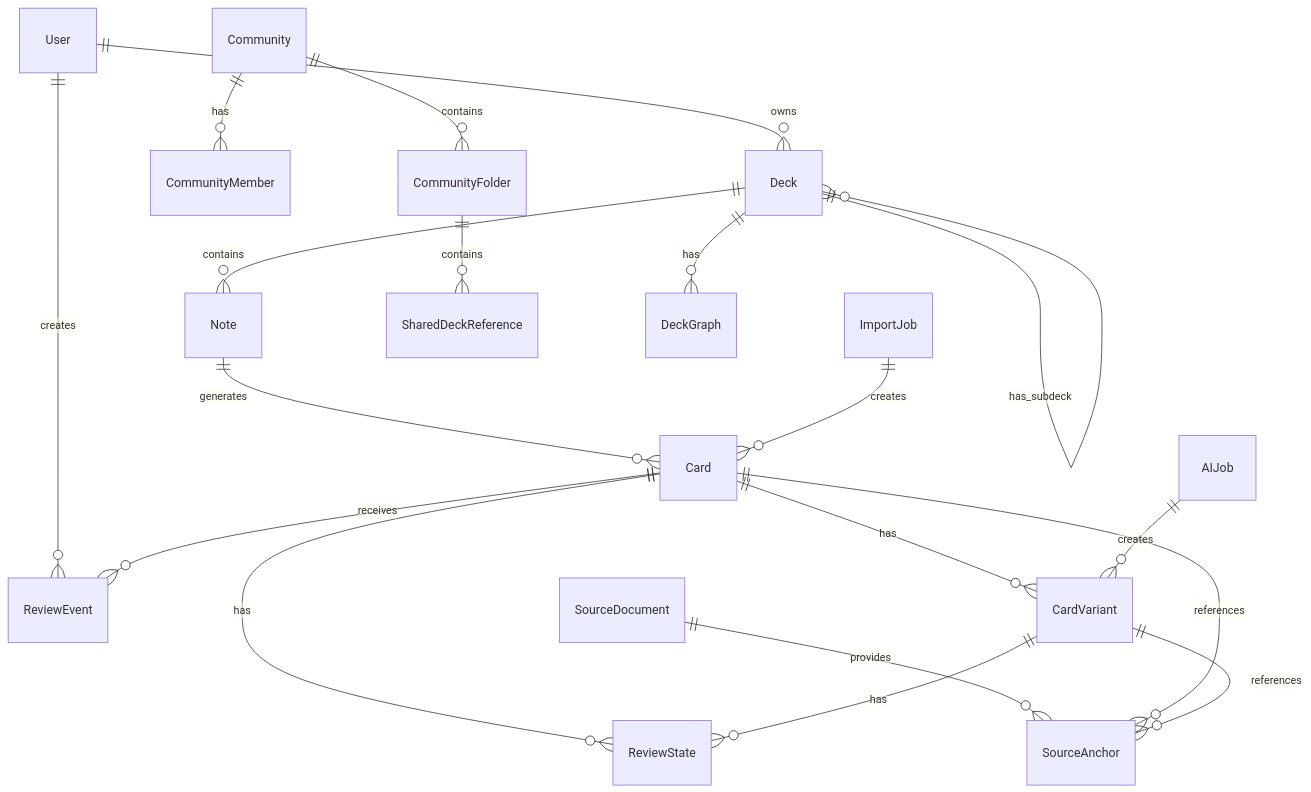
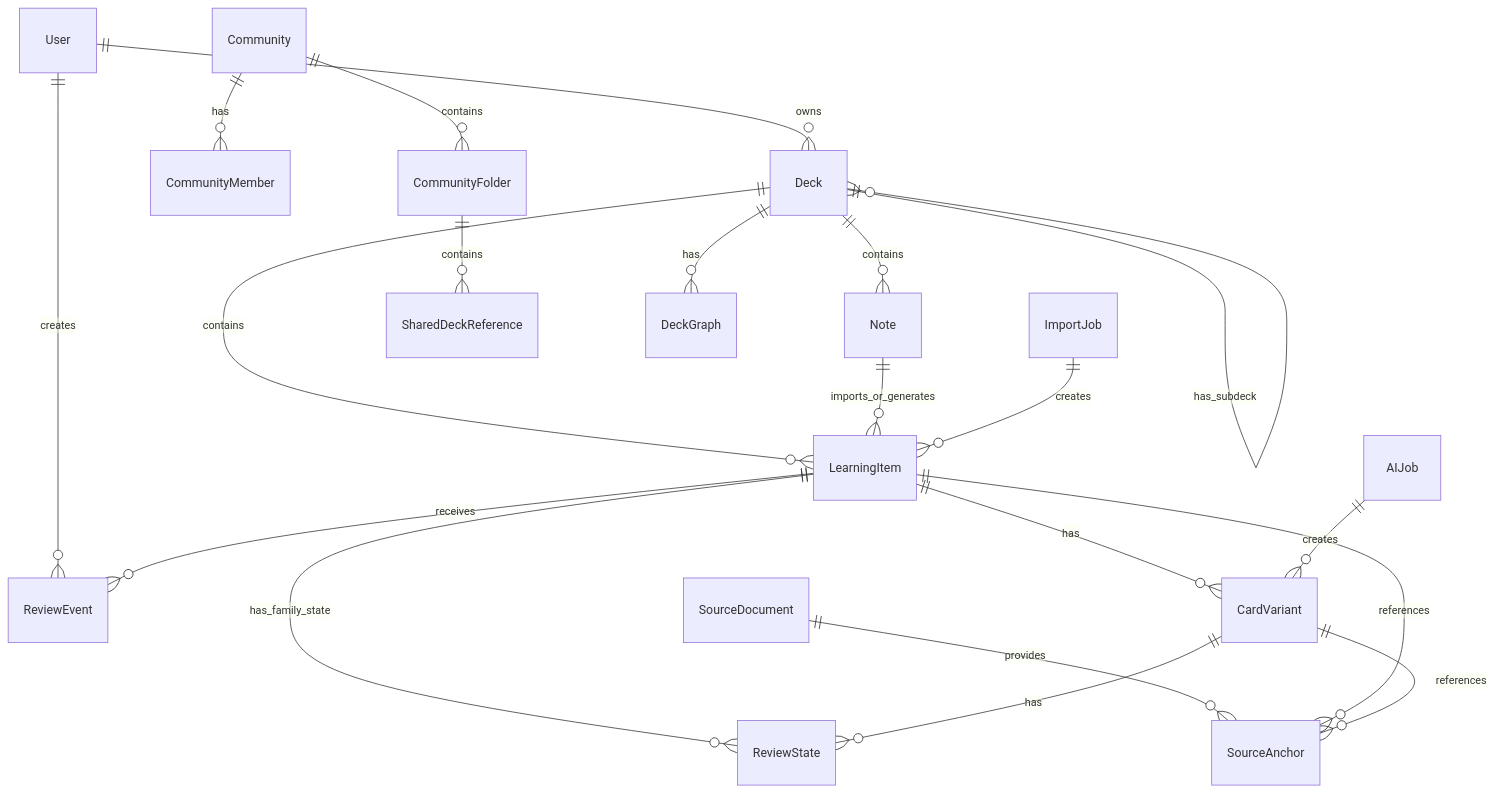
One commit to Betogora/CoRe_Hosted changed the first of 3 diagrams in specs.md. Above: the diagram before and after it, drawn with Mermaid. The commit also changed other lines of this file and 8 other files, not shown here.

````diff
--- a/specs.md
+++ b/specs.md
@@ -1327,21 +1338,22 @@
 ```mermaid
 erDiagram
   User ||--o{ Deck : owns
   User ||--o{ ReviewEvent : creates
   Deck ||--o{ Deck : has_subdeck
   Deck ||--o{ Note : contains
-  Note ||--o{ Card : generates
-  Card ||--o{ CardVariant : has
-  Card ||--o{ ReviewState : has
-  Card ||--o{ ReviewEvent : receives
+  Deck ||--o{ LearningItem : contains
+  Note ||--o{ LearningItem : imports_or_generates
+  LearningItem ||--o{ CardVariant : has
+  LearningItem ||--o{ ReviewState : has_family_state
+  LearningItem ||--o{ ReviewEvent : receives
   CardVariant ||--o{ ReviewState : has
   SourceDocument ||--o{ SourceAnchor : provides
-  Card ||--o{ SourceAnchor : references
+  LearningItem ||--o{ SourceAnchor : references
   CardVariant ||--o{ SourceAnchor : references
-  ImportJob ||--o{ Card : creates
+  ImportJob ||--o{ LearningItem : creates
   AIJob ||--o{ CardVariant : creates
   Community ||--o{ CommunityMember : has
   Community ||--o{ CommunityFolder : contains
   CommunityFolder ||--o{ SharedDeckReference : contains
   Deck ||--o{ DeckGraph : has
 ```
````
